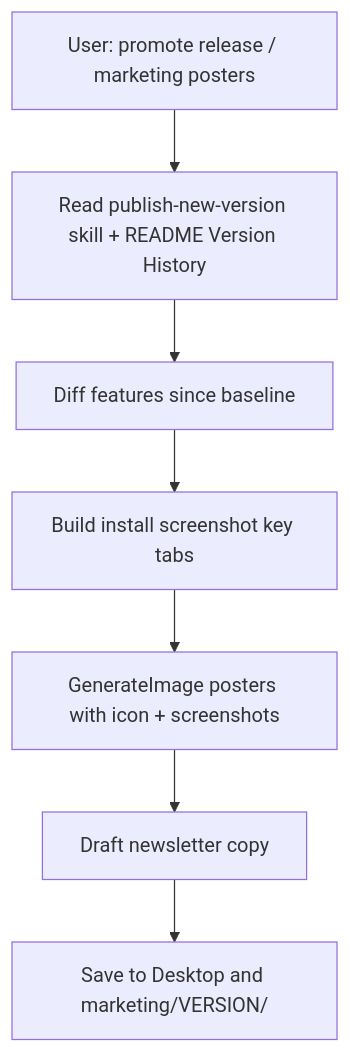
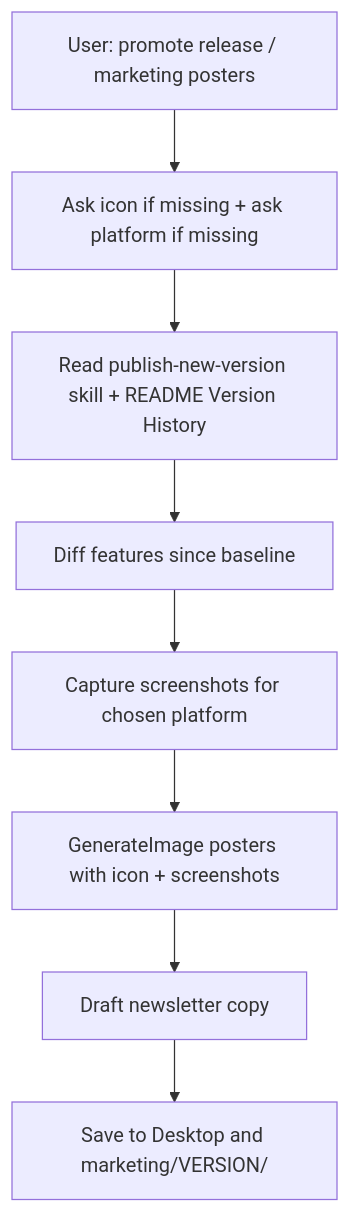
Before and after one commit to carrick87/promote-app-release: the diagram in SKILL.md, drawn with Mermaid. The commit also changed other lines of this file, not shown here.

First line of the commit message:
Ask for app icon and platform before generating promo packs.

````diff
--- a/SKILL.md
+++ b/SKILL.md
@@ -49,11 +87,12 @@
 ```mermaid
 flowchart TD
   trigger[User: promote release / marketing posters]
+  ask[Ask icon if missing + ask platform if missing]
   readPub[Read publish-new-version skill + README Version History]
   delta[Diff features since baseline]
-  shots[Build install screenshot key tabs]
+  shots[Capture screenshots for chosen platform]
   gen[GenerateImage posters with icon + screenshots]
   news[Draft newsletter copy]
   out[Save to Desktop and marketing/VERSION/]
-  trigger --> readPub --> delta --> shots --> gen --> news --> out
+  trigger --> ask --> readPub --> delta --> shots --> gen --> news --> out
 ```
````
